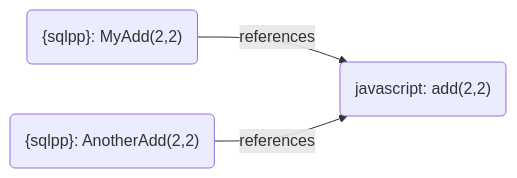
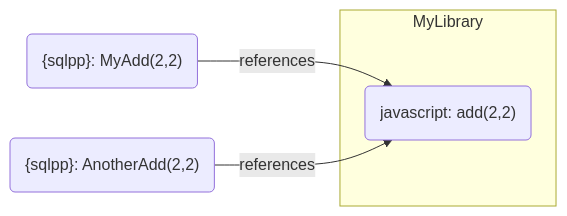
The first of 3 diagrams in modules/guides/partials/javascript-udfs/diagrams.adoc (couchbase/docs-server), drawn with Mermaid before and after one commit. The commit also changed 4 other files, not shown here.

```diff
--- a/modules/guides/partials/javascript-udfs/diagrams.adoc
+++ b/modules/guides/partials/javascript-udfs/diagrams.adoc
@@ -2,10 +2,12 @@
 [mermaid, subs="attributes"]
 ----
 flowchart LR
     slqpp1("{sqlpp}: MyAdd(2,2)")   
     slqpp2("{sqlpp}: AnotherAdd(2,2)") 
-    jfunction("javascript: add(2,2)")
+    subgraph MyLibrary
+      jfunction("javascript: add(2,2)")
+    end
     
     slqpp1 --references--> jfunction
     slqpp2 --references--> jfunction
 ----
```
